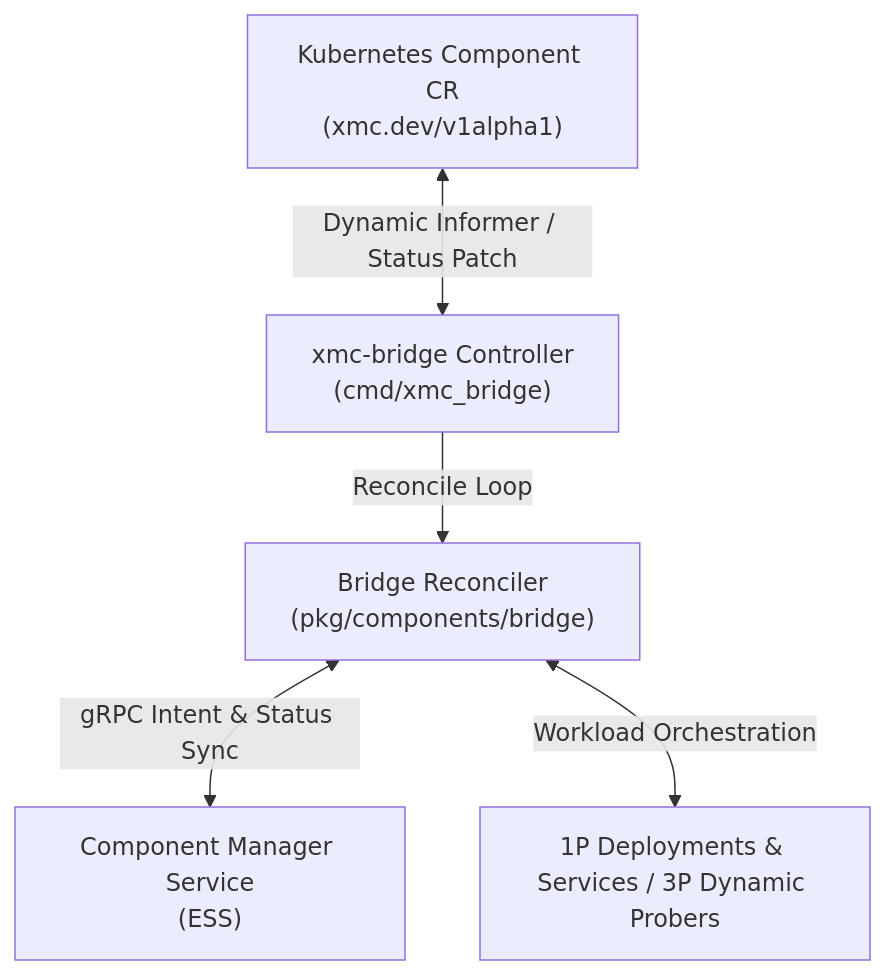
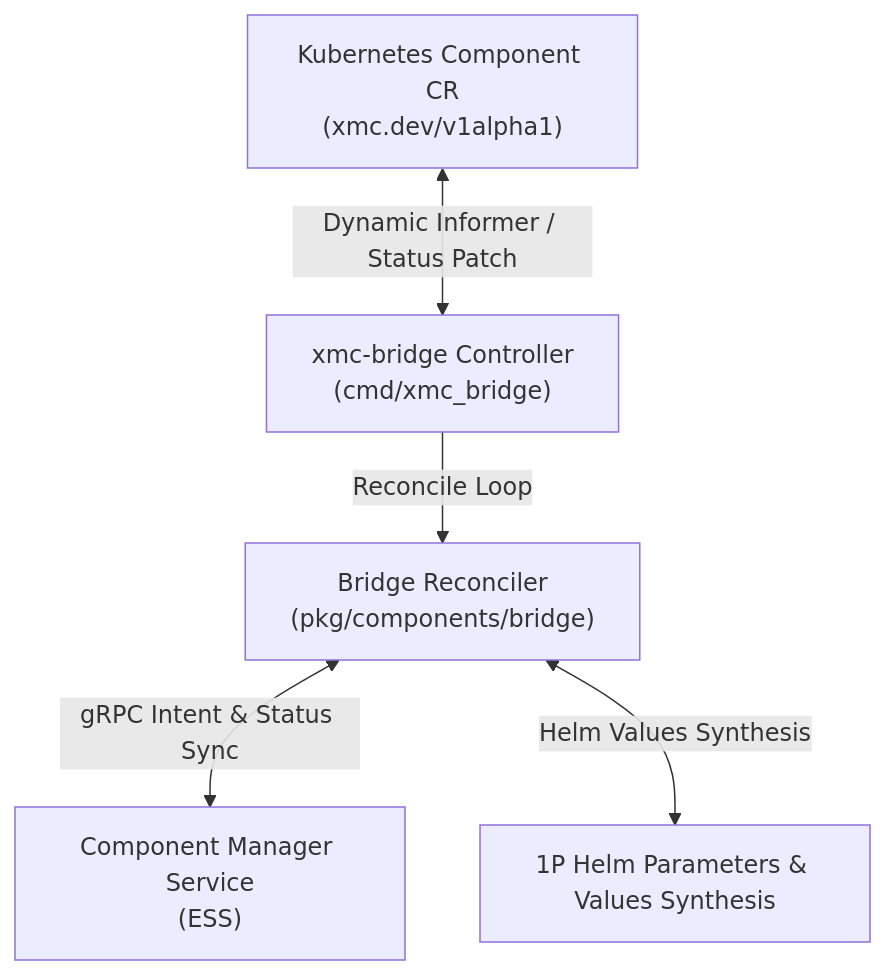
One commit to google/xmc changed the diagram in pkg/components/bridge/README.md. Above: the diagram before and after it, drawn with Mermaid. The commit also changed other lines of this file, not shown here.

Commit message:
docs(components): document 1p helm values synthesis and manager contract

````diff
--- a/pkg/components/bridge/README.md
+++ b/pkg/components/bridge/README.md
@@ -9,7 +9,7 @@
 ```mermaid
 graph TD
     CR["Kubernetes Component CR<br>(xmc.dev/v1alpha1)"] <-->|"Dynamic Informer / Status Patch"| Bridge["xmc-bridge Controller<br>(cmd/xmc_bridge)"]
     Bridge -->|"Reconcile Loop"| Reconciler["Bridge Reconciler<br>(pkg/components/bridge)"]
     Reconciler <-->|"gRPC Intent & Status Sync"| CMS["Component Manager Service<br>(ESS)"]
-    Reconciler <-->|"Workload Orchestration"| Workloads["1P Deployments & Services / 3P Dynamic Probers"]
+    Reconciler <-->|"Helm Values Synthesis"| Helm["1P Helm Parameters & Values Synthesis"]
 ```
````
